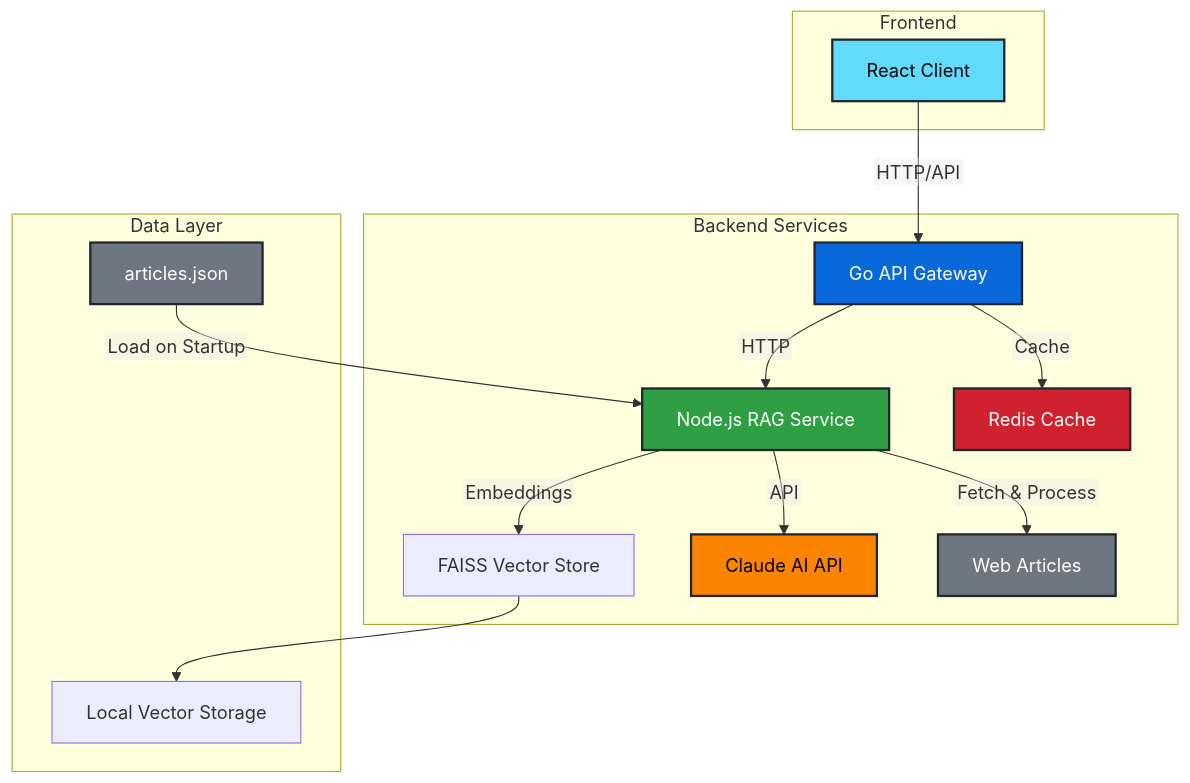
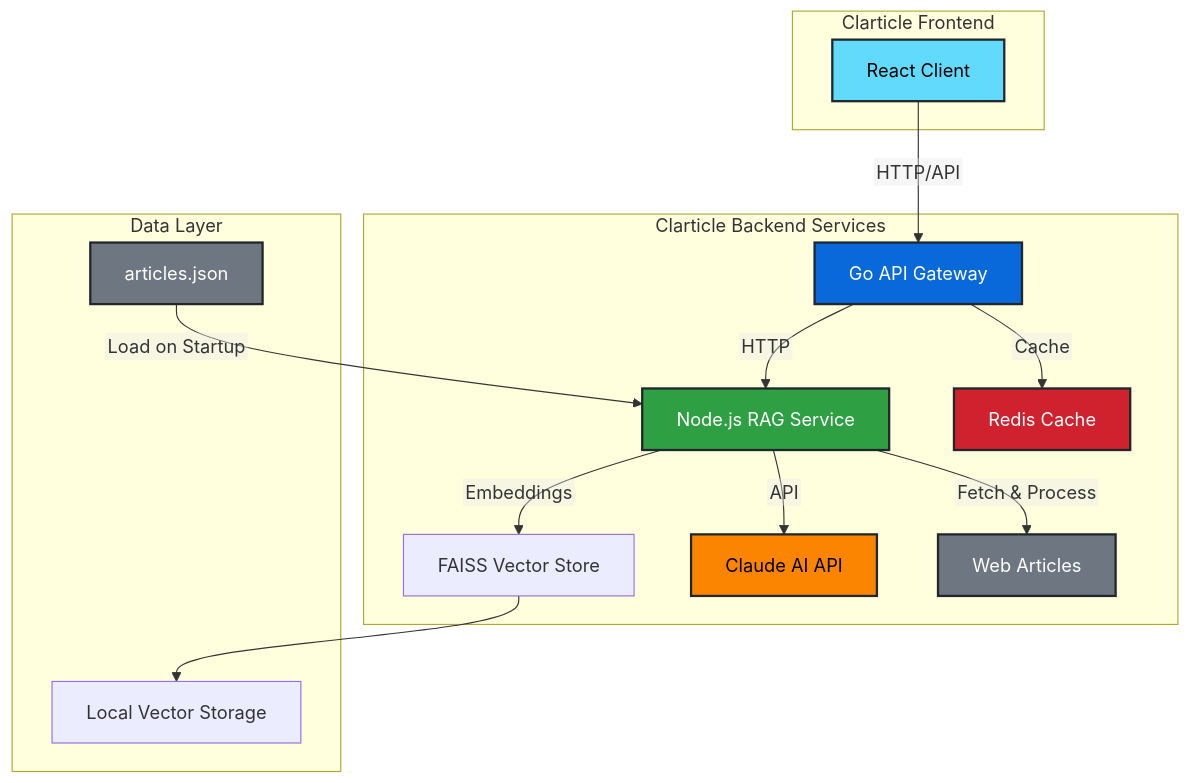
The diagram in README.md (Danor93/Articles-Chat), drawn with Mermaid before and after one commit. The commit also changed other lines of this file and 10 other files, not shown here.

````diff
--- a/README.md
+++ b/README.md
@@ -9,34 +9,34 @@
 ```mermaid
 %%{init: {'flowchart': {'htmlLabels': false}, 'securityLevel': 'loose'}}%%
 graph TD
-    subgraph "Frontend"
+    subgraph "Clarticle Frontend"
         A[React Client]
     end
 
     A --> |HTTP/API| B
 
-    subgraph "Backend Services"
+    subgraph "Clarticle Backend Services"
         B[Go API Gateway]
         B --> |HTTP| C
         B --> |Cache| D[Redis Cache]
         C[Node.js RAG Service]
         C --> |Embeddings| E[FAISS Vector Store]
         C --> |API| F[Claude AI API]
         C --> |Fetch & Process| G[Web Articles]
     end
 
     subgraph "Data Layer"
         E --> H[Local Vector Storage]
         I[articles.json]
     end
 
     I --> |Load on Startup| C
 
     style A fill:#61dafb,stroke:#21262d,stroke-width:2px,color:#000
     style B fill:#0969da,stroke:#21262d,stroke-width:2px,color:#fff
     style C fill:#2ea043,stroke:#21262d,stroke-width:2px,color:#fff
     style D fill:#cf222e,stroke:#21262d,stroke-width:2px,color:#fff
     style F fill:#fb8500,stroke:#21262d,stroke-width:2px,color:#000
     style G fill:#6e7781,stroke:#21262d,stroke-width:2px,color:#fff
     style I fill:#6e7781,stroke:#21262d,stroke-width:2px,color:#fff
 ```
````
